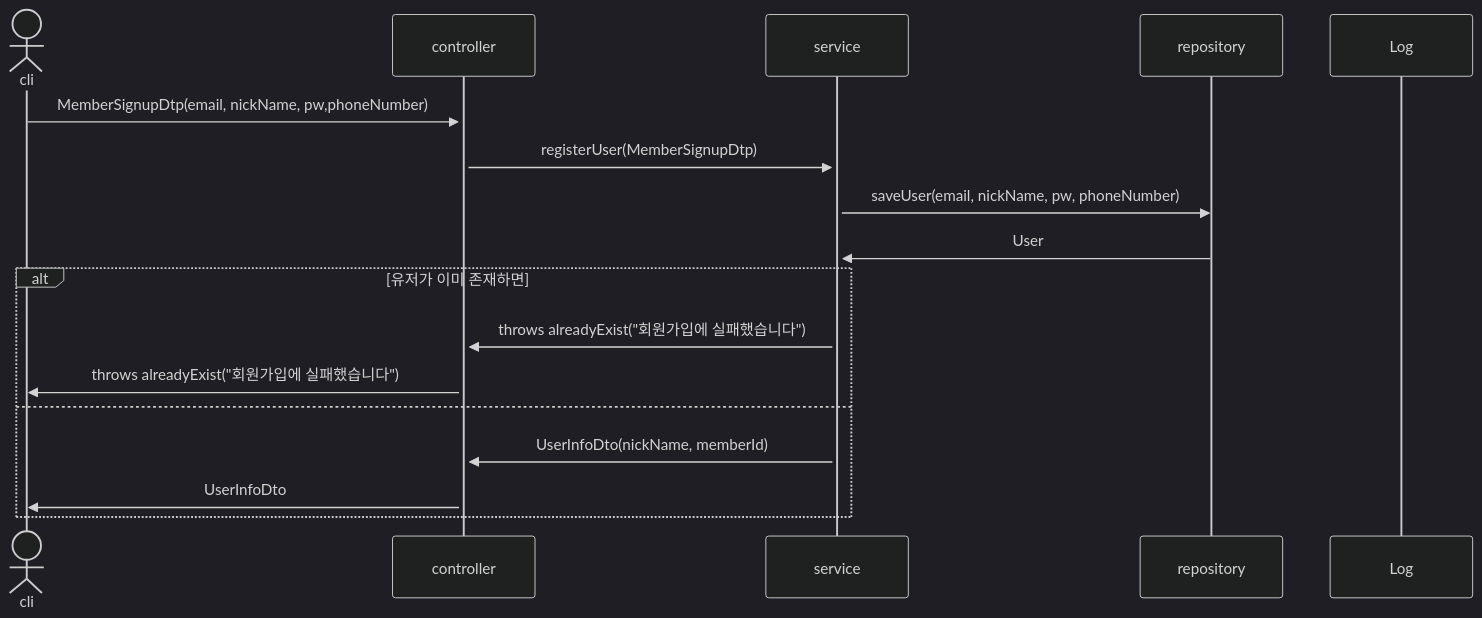
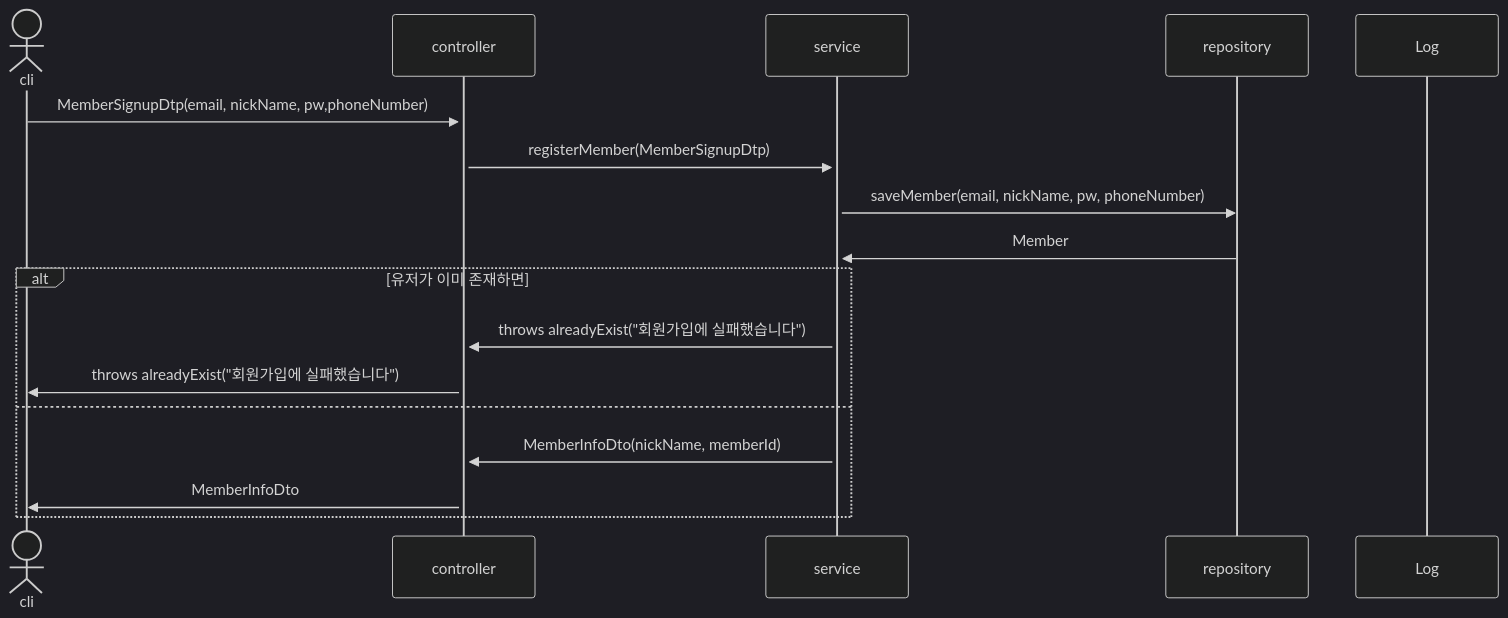
One commit to mtak0235/snsX changed the third of 28 diagrams in sequence.md. Above: the diagram before and after it, drawn with Mermaid (dark theme). The commit also changed other lines of this file, not shown here.

Commit message:
update user -> member & savePost sequence diagram

````diff
--- a/sequence.md
+++ b/sequence.md
@@ -43,21 +43,21 @@
 ```mermaid
 sequenceDiagram
 actor cli
 participant c as controller
 participant s as service
 participant r as repository
 participant l as Log
 
 cli->>+c: MemberSignupDtp(email, nickName, pw,phoneNumber)
-c->>+s: registerUser(MemberSignupDtp)
-s->>r: saveUser(email, nickName, pw, phoneNumber)
-r->>s: User
+c->>+s: registerMember(MemberSignupDtp)
+s->>r: saveMember(email, nickName, pw, phoneNumber)
+r->>s: Member
 alt 유저가 이미 존재하면
 s->>c: throws alreadyExist("회원가입에 실패했습니다")
 c->>cli: throws alreadyExist("회원가입에 실패했습니다")
 else
-s->>c: UserInfoDto(nickName, memberId)
-c->>cli: UserInfoDto
+s->>c: MemberInfoDto(nickName, memberId)
+c->>cli: MemberInfoDto
 end
 
 ```
````
